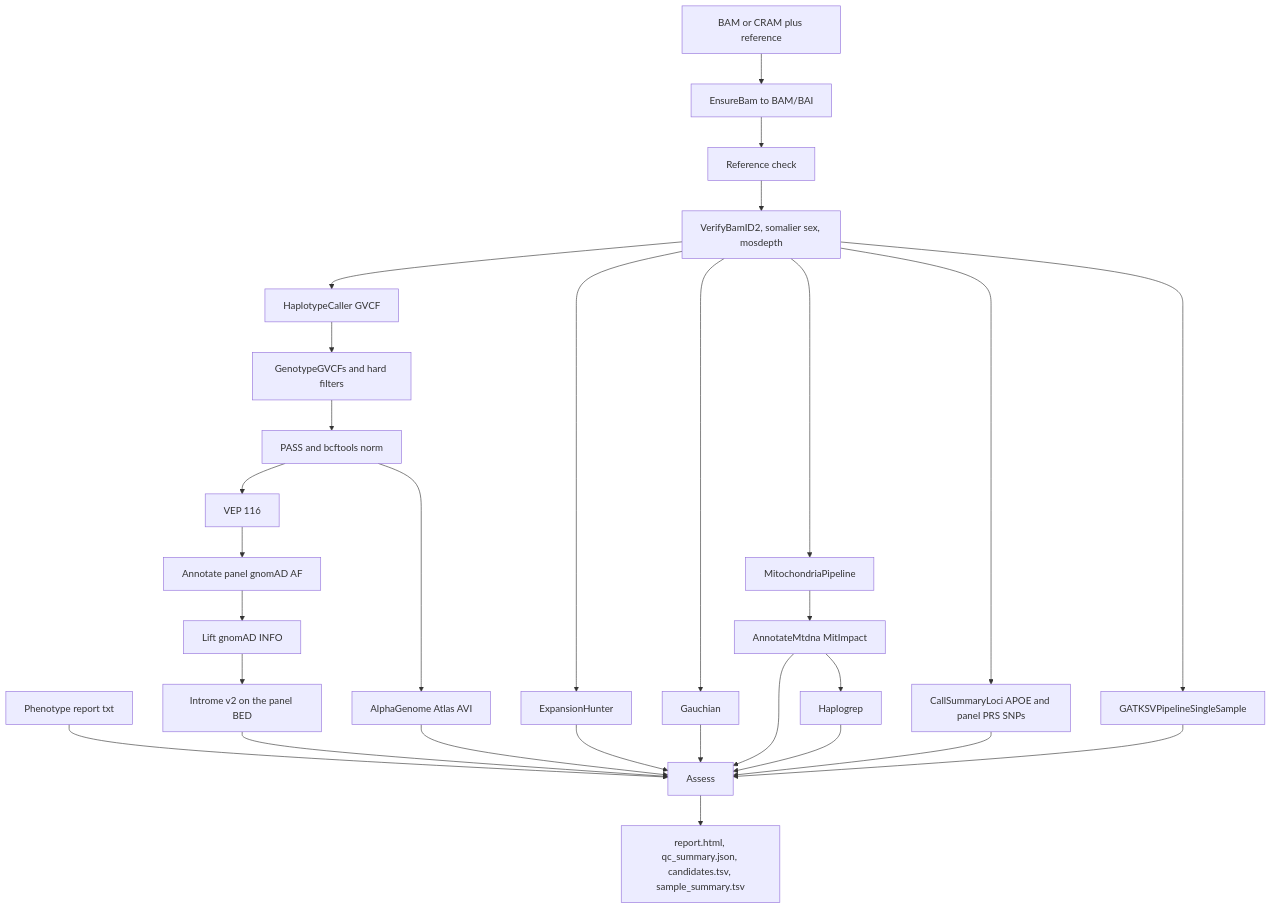
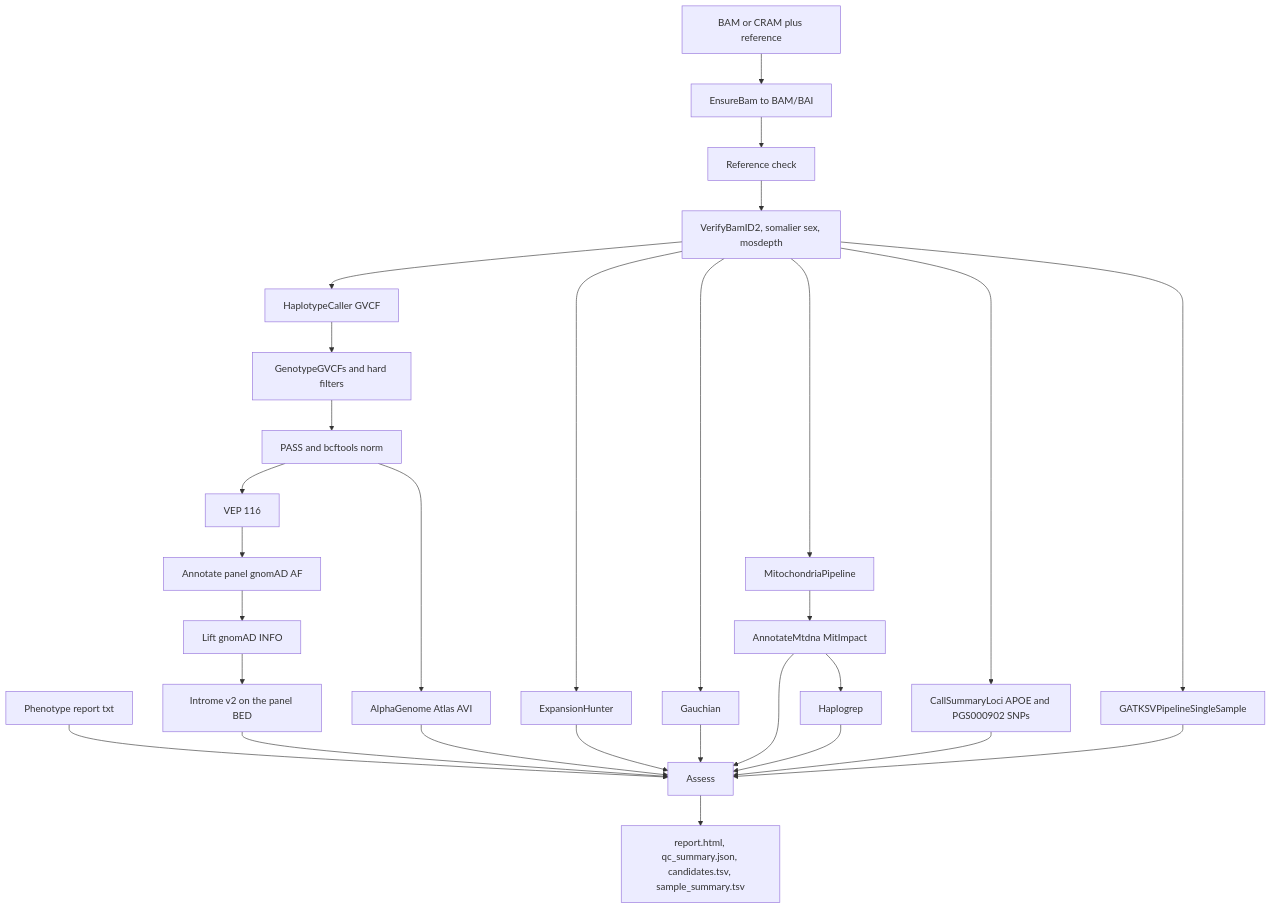
Before and after one commit to gqworks/pdsample-terra: the first of 2 diagrams in README.md, drawn with Mermaid. The commit also changed other lines of this file and 13 other files, not shown here.

First line of the commit message:
Score all 90 PGS000902 SNPs for panel_prs.

````diff
--- a/README.md
+++ b/README.md
@@ -5,31 +5,31 @@
 ```mermaid
 flowchart TD
   bam[BAM or CRAM plus reference] --> ensure[EnsureBam to BAM/BAI]
   ensure --> check[Reference check]
   check --> qc[VerifyBamID2, somalier sex, mosdepth]
   qc --> hc[HaplotypeCaller GVCF]
   hc --> gt[GenotypeGVCFs and hard filters]
   gt --> norm[PASS and bcftools norm]
   norm --> vep[VEP 116]
   vep --> gnomadAf[Annotate panel gnomAD AF]
   gnomadAf --> lift[Lift gnomAD INFO]
   lift --> introme[Introme v2 on the panel BED]
   norm --> avi[AlphaGenome Atlas AVI]
   qc --> eh[ExpansionHunter]
   qc --> gba[Gauchian]
   qc --> mito[MitochondriaPipeline]
   mito --> mitoAnn[AnnotateMtdna MitImpact]
   mitoAnn --> haplo[Haplogrep]
-  qc --> summaryLoci[CallSummaryLoci APOE and panel PRS SNPs]
+  qc --> summaryLoci[CallSummaryLoci APOE and PGS000902 SNPs]
   qc --> gatksv[GATKSVPipelineSingleSample]
   pheno[Phenotype report txt] --> assess[Assess]
   introme --> assess
   avi --> assess
   eh --> assess
   gba --> assess
   mitoAnn --> assess
   haplo --> assess
   summaryLoci --> assess
   gatksv --> assess
   assess --> row[report.html, qc_summary.json, candidates.tsv, sample_summary.tsv]
 ```
````
